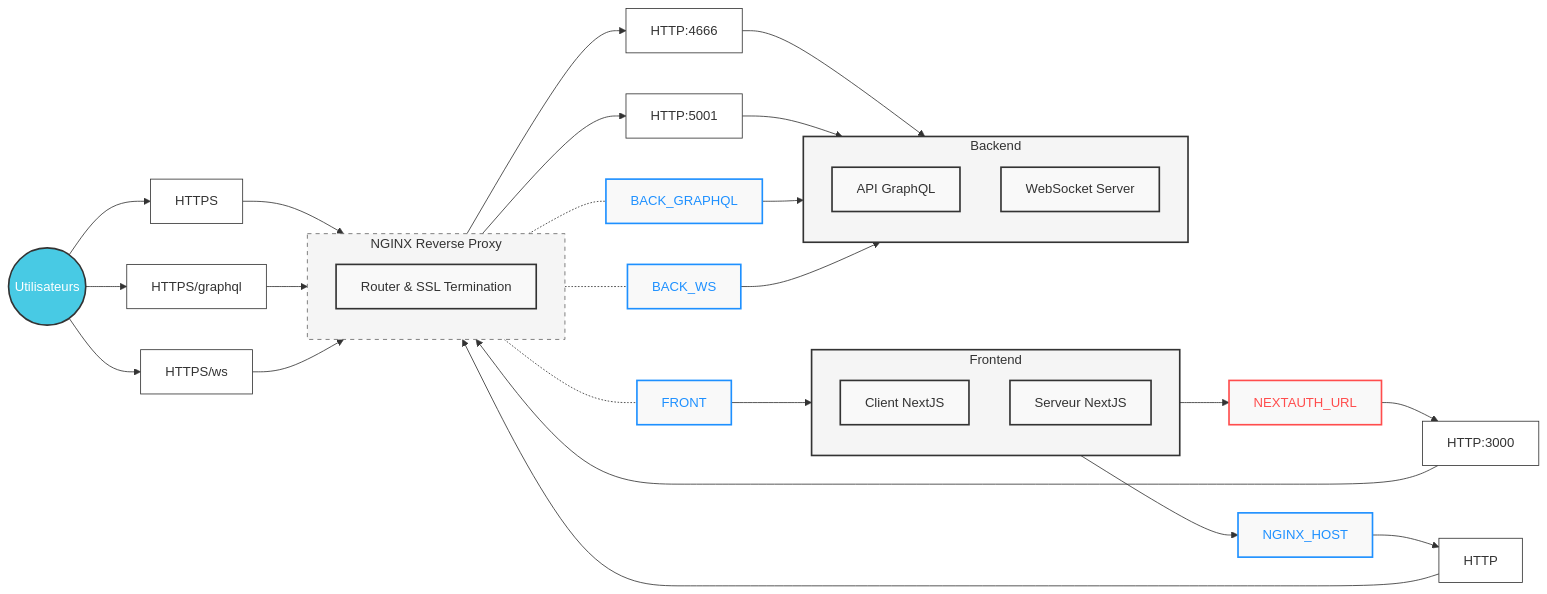
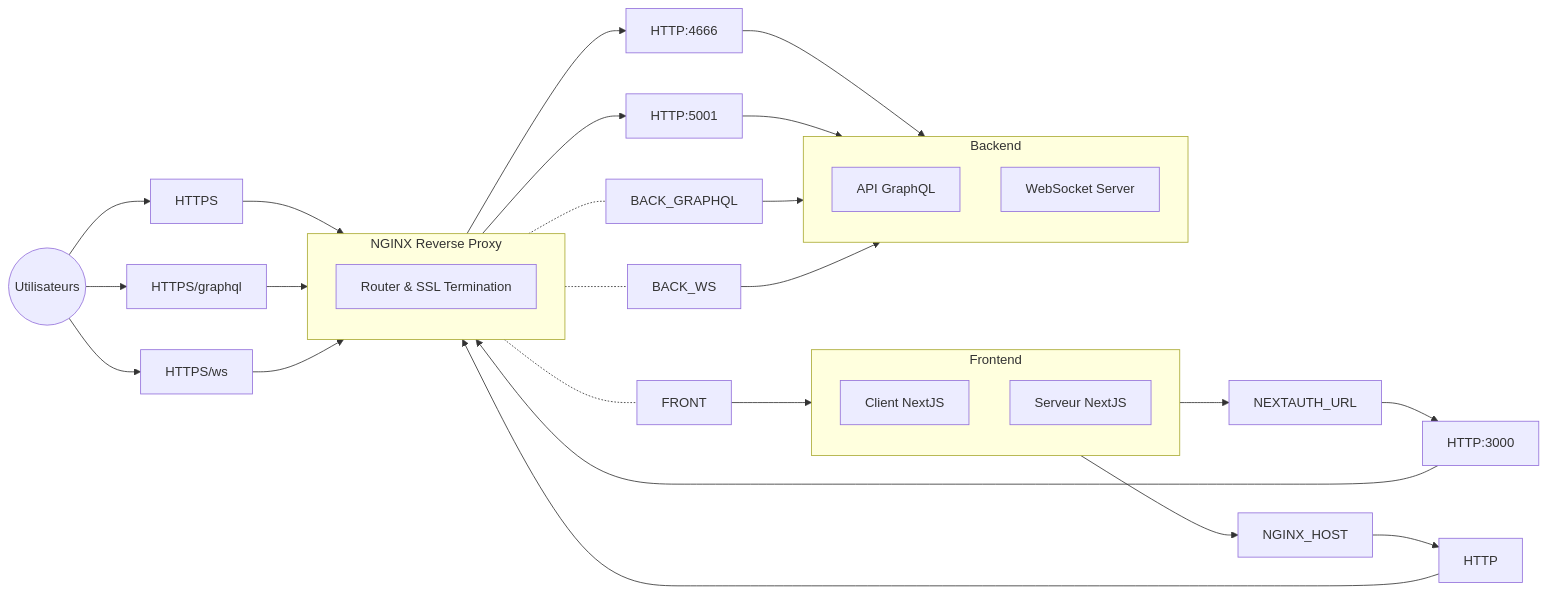
Before and after one commit to Scriptor-Group/documentation: the second of 2 diagrams in on-prem/README.md, drawn with Mermaid.

````diff
--- a/on-prem/README.md
+++ b/on-prem/README.md
@@ -160,67 +160,57 @@
 ```mermaid
 flowchart LR
-    %% Styles personnalisés
-    classDef default fill:#f9f9f9,stroke:#333,stroke-width:2px
-    classDef container fill:#e9ecef,stroke:#666,stroke-width:2px
-    classDef nginx fill:#e9ecef,stroke-dasharray: 5 5,stroke:#666,stroke-width:2px
-    classDef user fill:#48cae4,color:white,stroke:#333,stroke-width:2px
-    classDef envBuildtime stroke:#ff4d4d,color:#ff4d4d,stroke-width:2px
-    classDef envRuntime stroke:#1E90FF,color:#1E90FF,stroke-width:2px
-    classDef port fill:#fff,stroke:#333,stroke-width:1px,color:#333
+   
     
     %% Utilisateurs
     Users((Utilisateurs)):::user
     
     %% Conteneur Front
     subgraph Front["Frontend"]
         direction TB
         Client["Client NextJS"]
         Serveur["Serveur NextJS"]
     end
     
     %% Conteneur API
     subgraph Api["Backend"]
         direction TB
         GraphQL["API GraphQL"]
         WS["WebSocket Server"]
     end
     
     %% Nginx reverse proxy
     subgraph Nginx["NGINX Reverse Proxy"]
         direction TB
         RouterNginx["Router & SSL Termination"]
     end
     
     %% Ports et protocoles
     Port1[HTTP:3000]:::port
     Port2[HTTP]:::port
     Port3[HTTP:4666]:::port
     Port4[HTTP:5001]:::port
     Port5[HTTPS]:::port
     Port6[HTTPS/graphql]:::port
     Port7[HTTPS/ws]:::port
     
     %% Variables d'environnement
     EnvNext["NEXTAUTH_URL"]:::envBuildtime
     EnvNginx["NGINX_HOST"]:::envRuntime
     EnvFront["FRONT"]:::envRuntime
     EnvGraphQL["BACK_GRAPHQL"]:::envRuntime
     EnvWS["BACK_WS"]:::envRuntime
     
     %% Connexions
     Client --> EnvNext --> Port1 --> RouterNginx
     Serveur --> EnvNginx --> Port2 --> RouterNginx
     RouterNginx --> Port3 --> GraphQL
     RouterNginx --> Port4 --> WS
     
     Users --> Port5 & Port6 & Port7 --> RouterNginx
     
     RouterNginx -.- EnvFront --> Front
     RouterNginx -.- EnvGraphQL --> GraphQL
     RouterNginx -.- EnvWS --> WS
 
-    %% Styles des conteneurs
-    style Front fill:#f5f5f5,stroke:#333,stroke-width:2px
-    style Api fill:#f5f5f5,stroke:#333,stroke-width:2px
-    style Nginx fill:#f5f5f5,stroke-dasharray: 5 5,stroke:#666
+
 ```
````
